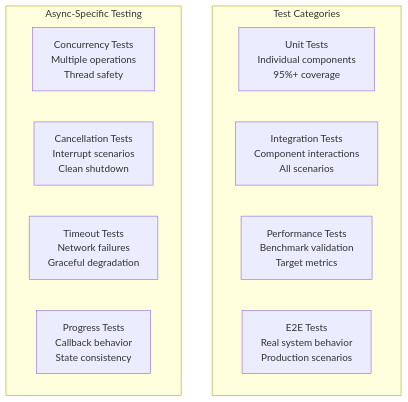
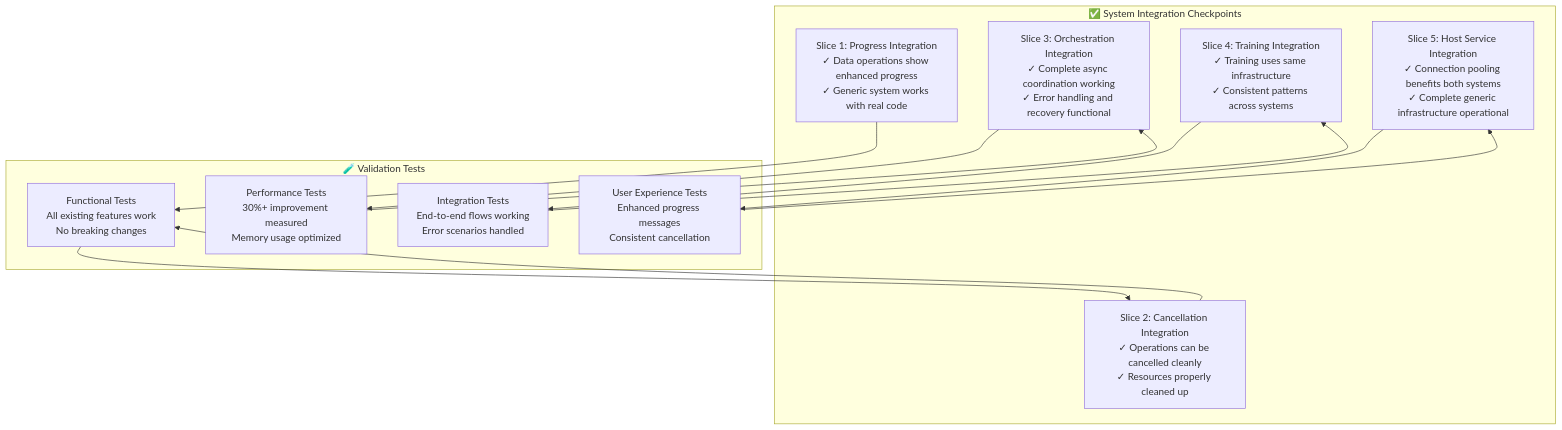
One commit to kpiteira/ktrdr changed the ninth of 9 diagrams in docs/architecture/async/async-architecture-spec.md. Above: the diagram before and after it, drawn with Mermaid. The commit also changed other lines of this file and 1 other file, not shown here.

First line of the commit message:
docs: update async architecture specification and implementation plan

````diff
--- a/docs/architecture/async/async-architecture-spec.md
+++ b/docs/architecture/async/async-architecture-spec.md
@@ -442,16 +805,28 @@
 ```mermaid
 graph TB
-    subgraph "Test Categories"
-        UT[Unit Tests<br/>Individual components<br/>95%+ coverage]
-        IT[Integration Tests<br/>Component interactions<br/>All scenarios]
-        PT[Performance Tests<br/>Benchmark validation<br/>Target metrics]
-        ET[E2E Tests<br/>Real system behavior<br/>Production scenarios]
+    subgraph "✅ System Integration Checkpoints"
+        IC1[Slice 1: Progress Integration<br/>✓ Data operations show enhanced progress<br/>✓ Generic system works with real code]
+        IC2[Slice 2: Cancellation Integration<br/>✓ Operations can be cancelled cleanly<br/>✓ Resources properly cleaned up]
+        IC3[Slice 3: Orchestration Integration<br/>✓ Complete async coordination working<br/>✓ Error handling and recovery functional]
+        IC4[Slice 4: Training Integration<br/>✓ Training uses same infrastructure<br/>✓ Consistent patterns across systems]
+        IC5[Slice 5: Host Service Integration<br/>✓ Connection pooling benefits both systems<br/>✓ Complete generic infrastructure operational]
     end
     
-    subgraph "Async-Specific Testing"
-        AT1[Concurrency Tests<br/>Multiple operations<br/>Thread safety]
-        AT2[Cancellation Tests<br/>Interrupt scenarios<br/>Clean shutdown]
-        AT3[Timeout Tests<br/>Network failures<br/>Graceful degradation]
-        AT4[Progress Tests<br/>Callback behavior<br/>State consistency]
+    subgraph "🧪 Validation Tests"
+        VT1[Functional Tests<br/>All existing features work<br/>No breaking changes]
+        VT2[Performance Tests<br/>30%+ improvement measured<br/>Memory usage optimized]
+        VT3[Integration Tests<br/>End-to-end flows working<br/>Error scenarios handled]
+        VT4[User Experience Tests<br/>Enhanced progress messages<br/>Consistent cancellation]
     end
+    
+    IC1 --> VT1
+    IC2 --> VT1
+    IC3 --> VT2
+    IC4 --> VT3
+    IC5 --> VT4
+    
+    VT1 --> IC2
+    VT2 --> IC3
+    VT3 --> IC4
+    VT4 --> IC5
 ```
````
